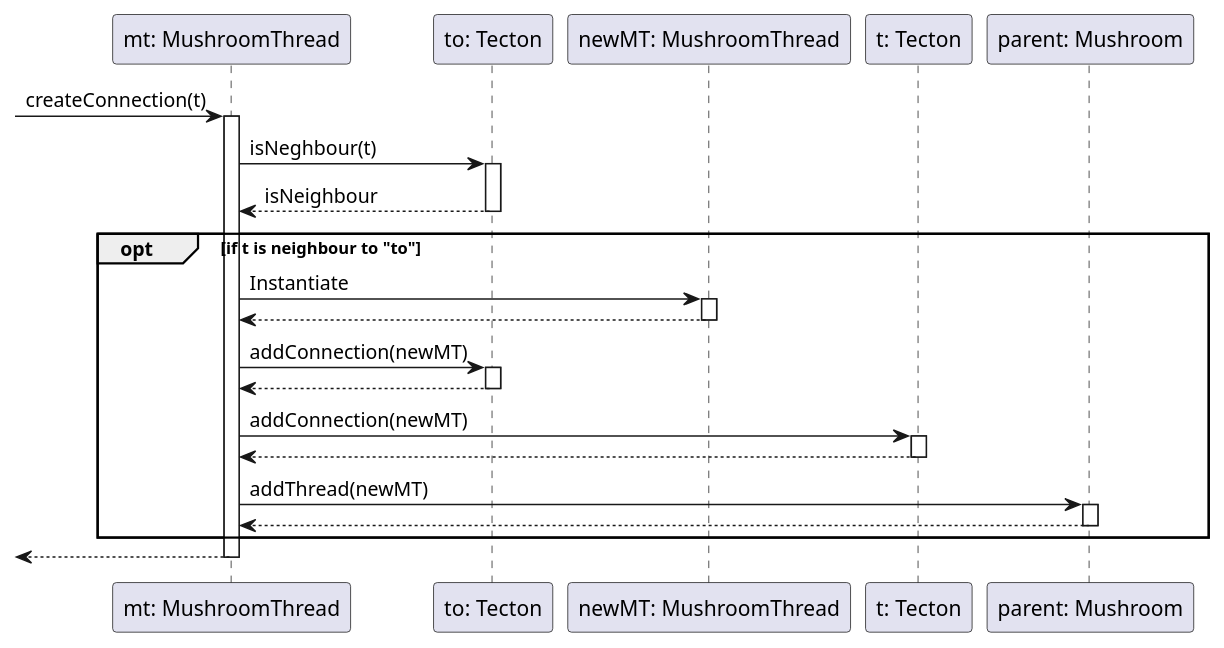
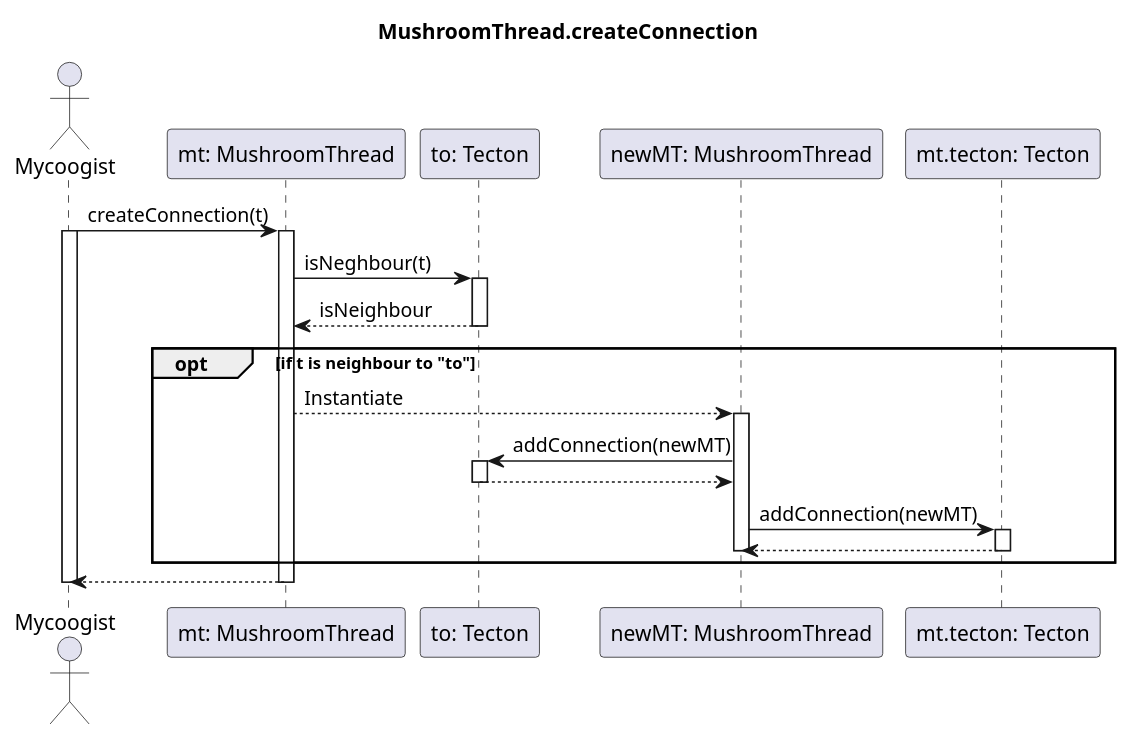
The diagram in diagrams/sequence/mushroom/mushroom_thread/createConnection.wsd (dzsem/projlab), drawn with PlantUML before and after one commit. The commit also changed 4 other files, not shown here.

Commit message:
Fixed muhsroom_thread/createConnection and cut. Deleted decreaseTursnToDie, grow, resetTurnsToDie

```diff
--- a/diagrams/sequence/mushroom/mushroom_thread/createConnection.wsd
+++ b/diagrams/sequence/mushroom/mushroom_thread/createConnection.wsd
@@ -1,42 +1,40 @@
 @startuml Create Connection
+title MushroomThread.createConnection
+
+actor "Mycoogist" as mycologist
 participant "mt: MushroomThread" as mt
 participant "to: Tecton" as to
 participant "newMT: MushroomThread" as newMT 
-participant "t: Tecton" as t
-participant "parent: Mushroom" as parent
+participant "mt.tecton: Tecton" as t
 
--> mt : createConnection(t)
+mycologist -> mt : createConnection(t)
+activate mycologist
 activate mt
 
 mt -> to : isNeghbour(t) 
 activate to
 to --> mt : isNeighbour
 deactivate to
 
     opt if t is neighbour to "to"
-        mt -> newMT : Instantiate
+        mt --> newMT : Instantiate
         activate newMT
-        newMT --> mt
-        deactivate newMT
 
-        mt -> to: addConnection(newMT)
+        newMT -> to: addConnection(newMT)
         activate to
-        to --> mt
+        to --> newMT
         deactivate to
 
-        mt -> t : addConnection(newMT)
+        newMT -> t : addConnection(newMT)
         activate t
-        t --> mt
+        t --> newMT
         deactivate t
-
-        mt -> parent: addThread(newMT)
-        activate parent
-        parent --> mt
-        deactivate parent
+        deactivate newMT
 
     end
 
-<-- mt
+mycologist <-- mt
 deactivate mt
+deactivate mycologist
 
 @enduml
```
